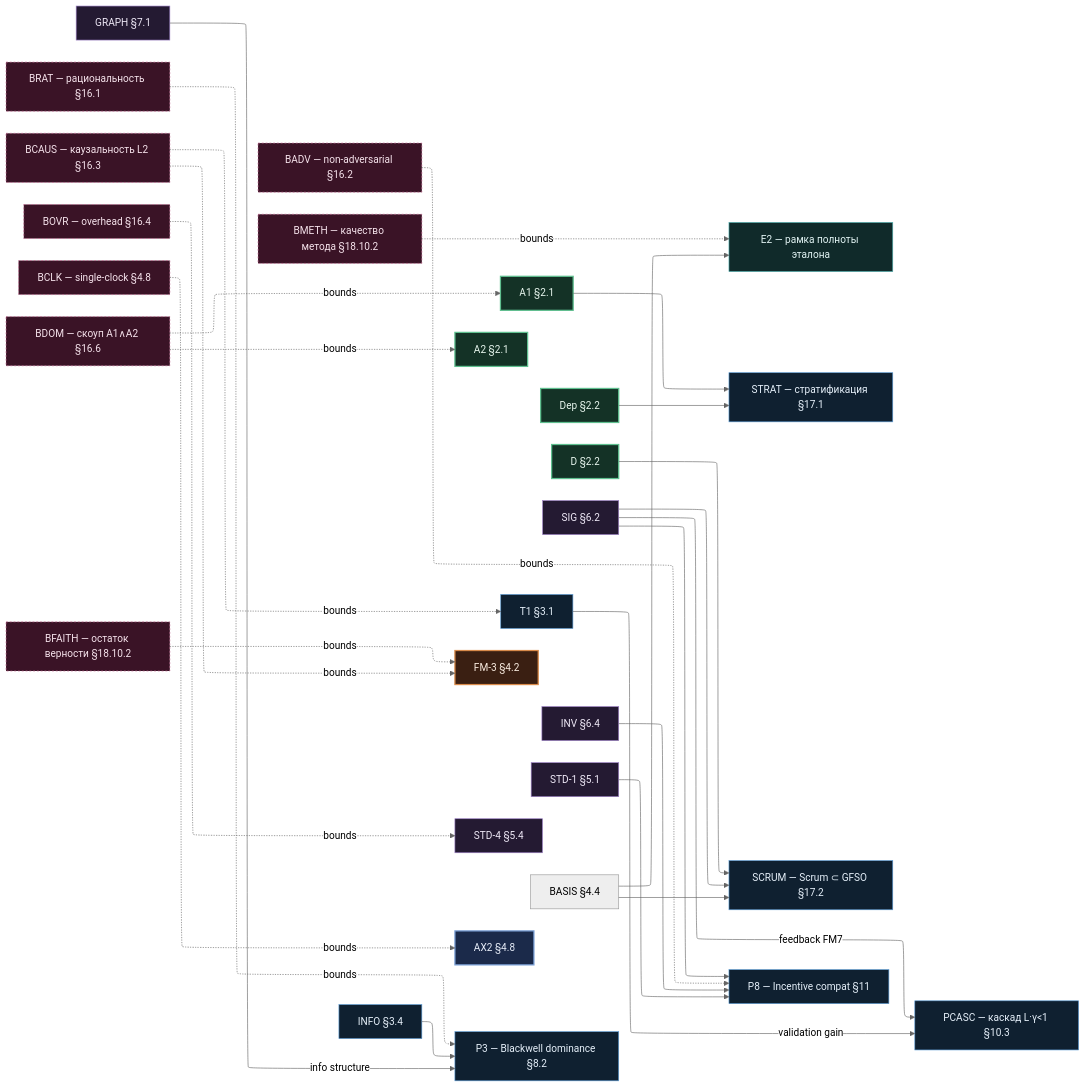
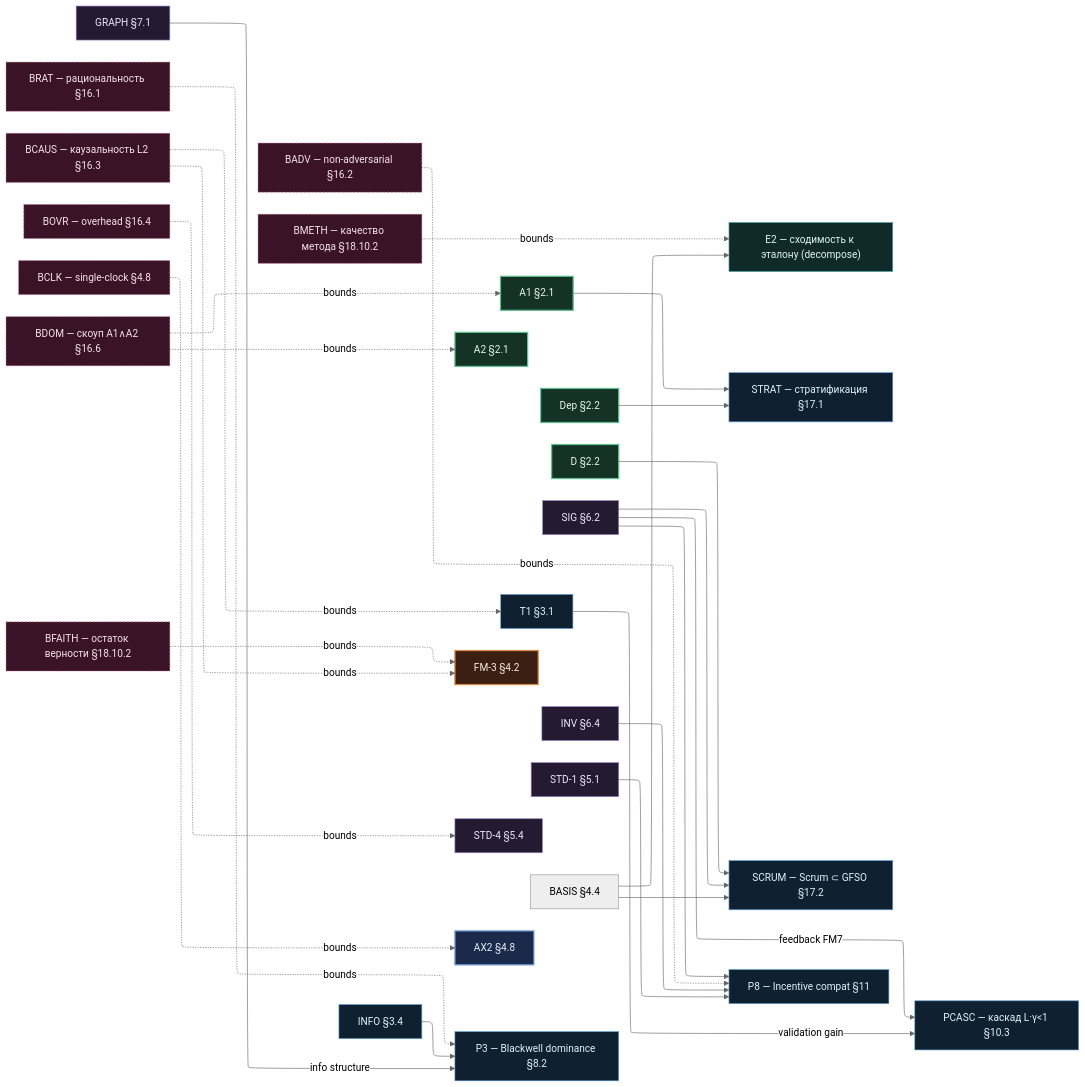
The third of 5 diagrams in docs/gfso_dependency_map.md (Kirill-Shokhin/GFSO), drawn with Mermaid (neutral theme) before and after one commit. The commit also changed other lines of this file and 120 other files, not shown here.

````diff
--- a/docs/gfso_dependency_map.md
+++ b/docs/gfso_dependency_map.md
@@ -308,78 +308,78 @@
 ```mermaid
 %%{init: {'flowchart': {'defaultRenderer': 'elk'}}}%%
 flowchart LR
   classDef axiom fill:#1b2a4a,stroke:#7da2d9,color:#eaf0fb,stroke-width:2px;
   classDef prim fill:#143226,stroke:#5fbf8f,color:#e9f7ef,stroke-width:2px;
   classDef derived fill:#0f2030,stroke:#5b9bd5,color:#e6f0fa;
   classDef fm fill:#3a1f12,stroke:#d98a4a,color:#fbeee2,stroke-width:2px;
   classDef guard fill:#241a32,stroke:#9b7fc4,color:#efe9f7;
   classDef bound fill:#3a1326,stroke:#c46a93,color:#f6e3ec,stroke-dasharray:3 3;
   classDef emp fill:#102a2a,stroke:#4fb0b0,color:#e3f5f5;
 
   %% light-якоря
   A1["A1 §2.1"]; A2["A2 §2.1"]; Dep["Dep §2.2"]; D["D §2.2"]
   class A1,A2,Dep,D prim
   T1["T1 §3.1"]; INFO["INFO §3.4"]
   class T1,INFO derived
   FM3["FM-3 §4.2"]
   class FM3 fm
   GRAPH["GRAPH §7.1"]; SIG["SIG §6.2"]; INV["INV §6.4"]; STD1["STD-1 §5.1"]; STD4["STD-4 §5.4"]; BASIS["BASIS §4.4"]; AX2["AX2 §4.8"]
   class GRAPH,SIG,INV,STD1,STD4 guard
   class BASIS basis
   class AX2 axiom
-  E2["E2 — рамка полноты эталона"]
+  E2["E2 — сходимость к эталону (decompose)"]
   class E2 emp
 
   %% производные результаты
   STRAT["STRAT — стратификация §17.1"]
   SCRUM["SCRUM — Scrum ⊂ GFSO §17.2"]
   class STRAT,SCRUM derived
 
   %% результаты Part II
   P3["P3 — Blackwell dominance §8.2"]
   P8["P8 — Incentive compat §11"]
   PCASC["PCASC — каскад L·γ<1 §10.3"]
   class P3,P8,PCASC derived
 
   %% границы
   BRAT["BRAT — рациональность §16.1"]
   BADV["BADV — non-adversarial §16.2"]
   BCAUS["BCAUS — каузальность L2 §16.3"]
   BOVR["BOVR — overhead §16.4"]
   BCLK["BCLK — single-clock §4.8"]
   BDOM["BDOM — скоуп A1∧A2 §16.6"]
   BFAITH["BFAITH — остаток верности §18.10.2"]
   BMETH["BMETH — качество метода §18.10.2"]
   class BRAT,BADV,BCAUS,BOVR,BCLK,BDOM,BFAITH,BMETH bound
 
   %% производные
   Dep --> STRAT
   A1 --> STRAT
   SIG --> SCRUM
   D --> SCRUM
   BASIS --> SCRUM
 
   %% результаты Part II
   GRAPH -->|info structure| P3
   INFO --> P3
   SIG --> P8
   INV --> P8
   STD1 --> P8
   T1 -->|validation gain| PCASC
   SIG -->|feedback FM7| PCASC
 
   %% E2 наследует полноту
   BASIS --> E2
 
   %% границы на том, что ограничивают
   BRAT -.->|bounds| P3
   BADV -.->|bounds| P8
   BCAUS -.->|bounds| T1
   BCAUS -.->|bounds| FM3
   BOVR -.->|bounds| STD4
   BCLK -.->|bounds| AX2
   BDOM -.->|bounds| A1
   BDOM -.->|bounds| A2
   BFAITH -.->|bounds| FM3
   BMETH -.->|bounds| E2
 ```
````
